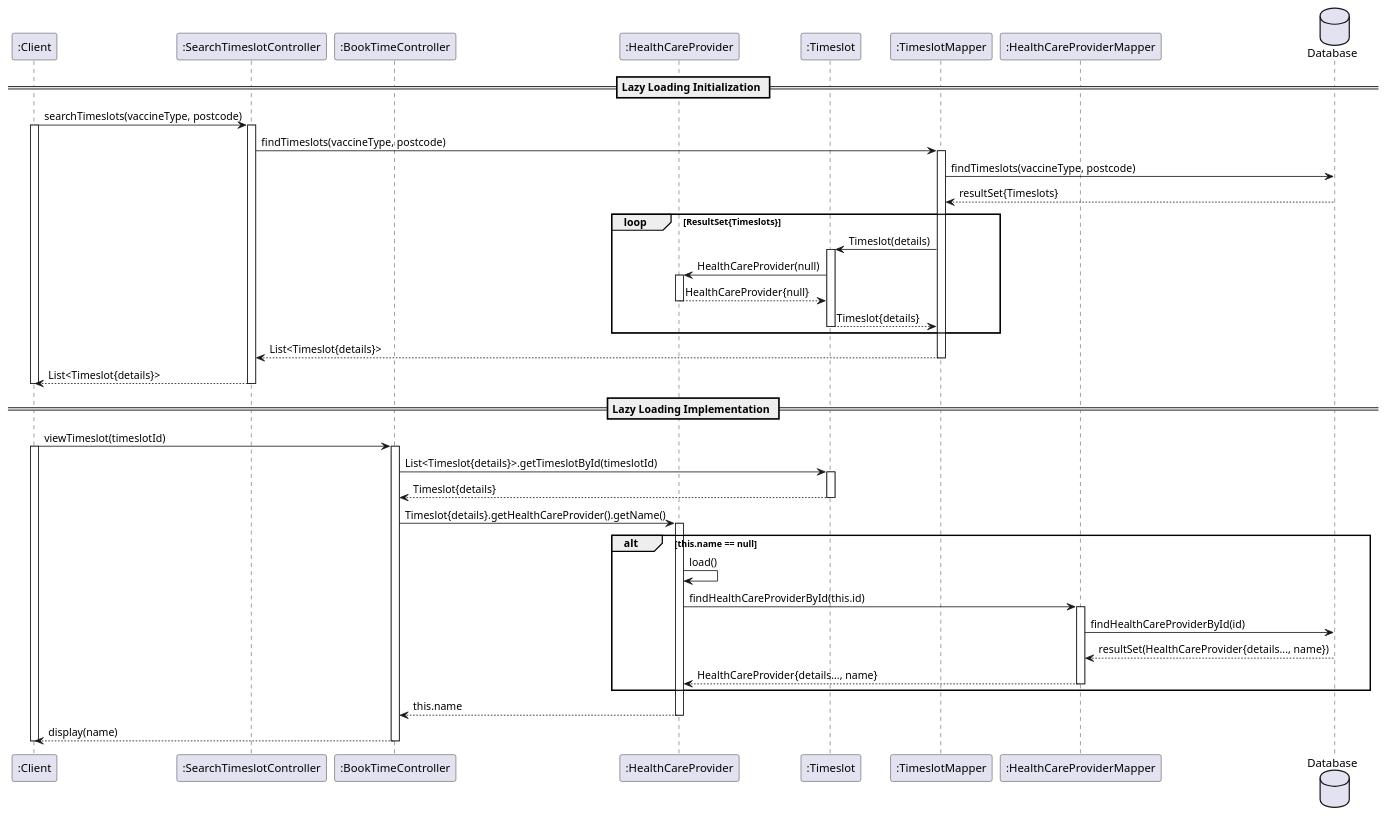
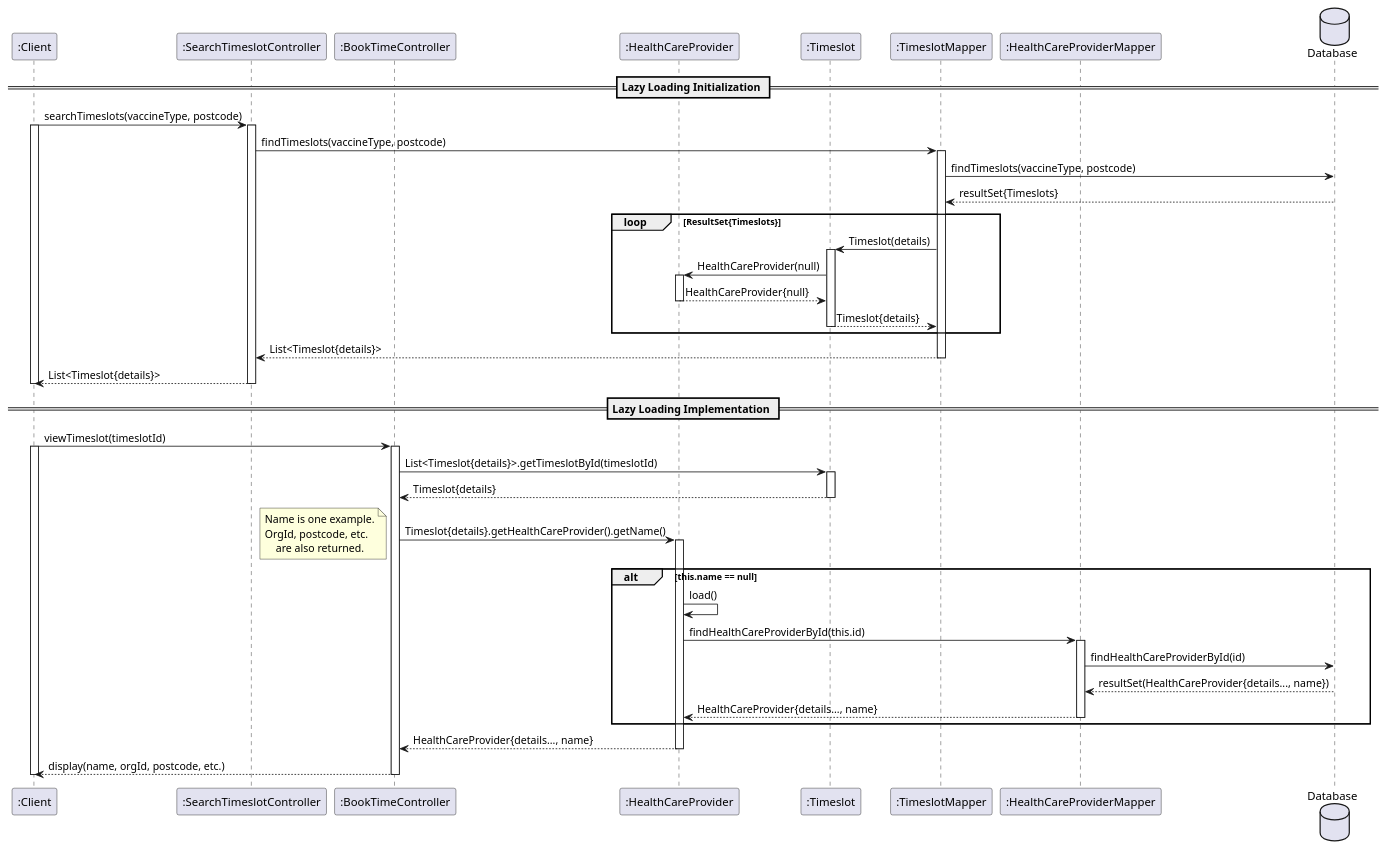
Before and after one commit to SWEN900072021/Covid19BookingSystem: the diagram in docs/part2/LazyLoadingSequenceDiagram.puml, drawn with PlantUML.

Commit message:
Implemented feedback

```diff
--- a/docs/part2/LazyLoadingSequenceDiagram.puml
+++ b/docs/part2/LazyLoadingSequenceDiagram.puml
@@ -1,63 +1,68 @@
 @startuml
 'https://plantuml.com/sequence-diagram
 
 skinparam linetype polyline
 
 participant ":Client" as Client
 participant ":SearchTimeslotController" as SearchController
 participant ":BookTimeController" as BookController
 participant ":HealthCareProvider" as HCP
 participant ":Timeslot" as Timeslot
 participant ":TimeslotMapper" as TimeslotMapper
 participant ":HealthCareProviderMapper" as HCPMapper
 database "Database" as DB
 
 == Lazy Loading Initialization ==
 Client -> SearchController: searchTimeslots(vaccineType, postcode)
 activate Client
 activate SearchController
 SearchController -> TimeslotMapper: findTimeslots(vaccineType, postcode)
 activate TimeslotMapper
 TimeslotMapper -> DB: findTimeslots(vaccineType, postcode)
 DB --> TimeslotMapper: resultSet{Timeslots}
 loop ResultSet{Timeslots}
     TimeslotMapper -> Timeslot: Timeslot(details)
     activate Timeslot
     Timeslot -> HCP: HealthCareProvider(null)
     activate HCP
     HCP --> Timeslot: HealthCareProvider{null}
     deactivate HCP
     Timeslot --> TimeslotMapper: Timeslot{details}
     deactivate Timeslot
 end
 TimeslotMapper --> SearchController: List<Timeslot{details}>
 deactivate TimeslotMapper
 SearchController --> Client: List<Timeslot{details}>
 deactivate SearchController
 deactivate Client
 
 == Lazy Loading Implementation ==
 Client -> BookController: viewTimeslot(timeslotId)
 activate Client
 activate BookController
 BookController -> Timeslot: List<Timeslot{details}>.getTimeslotById(timeslotId)
 activate Timeslot
 Timeslot --> BookController: Timeslot{details}
 deactivate Timeslot
 BookController -> HCP: Timeslot{details}.getHealthCareProvider().getName()
+note left
+Name is one example.
+OrgId, postcode, etc.
+    are also returned.
+end note
 activate HCP
 alt this.name == null
     HCP -> HCP: load()
     HCP -> HCPMapper: findHealthCareProviderById(this.id)
     activate HCPMapper
     HCPMapper -> DB: findHealthCareProviderById(id)
     DB --> HCPMapper: resultSet(HealthCareProvider{details..., name})
     HCPMapper --> HCP: HealthCareProvider{details..., name}
     deactivate HCPMapper
 end
-HCP --> BookController: this.name
+HCP --> BookController: HealthCareProvider{details..., name}
 deactivate HCP
-BookController --> Client: display(name)
+BookController --> Client: display(name, orgId, postcode, etc.)
 deactivate BookController
 deactivate Client
 @enduml
```
